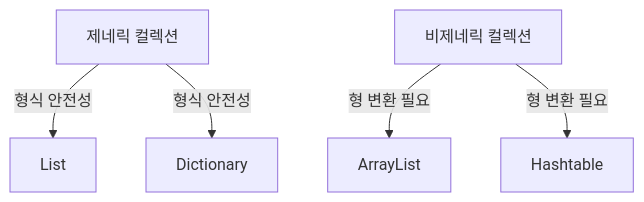
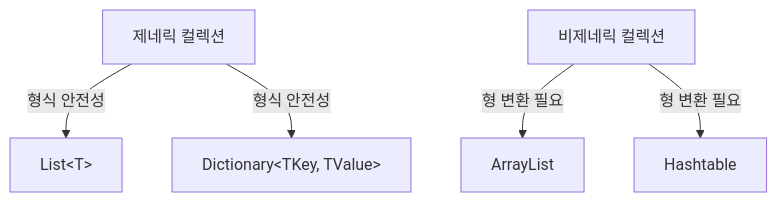
The fourth of 10 diagrams in content/post/2024/2024-10-15-csharp-generic/index.md (42jerrykim/42jerrykim.github.io), drawn with Mermaid before and after one commit. The commit also changed other lines of this file and 239 other files, not shown here.

````diff
--- a/content/post/2024/2024-10-15-csharp-generic/index.md
+++ b/content/post/2024/2024-10-15-csharp-generic/index.md
@@ -401,7 +379,13 @@
 ```mermaid
-graph TD;
-    A[제네릭 컬렉션] -->|형식 안전성| B[List<T>]
-    A -->|형식 안전성| C[Dictionary<TKey, TValue>]
-    D[비제네릭 컬렉션] -->|형 변환 필요| E[ArrayList]
-    D -->|형 변환 필요| F[Hashtable]
+graph TD
+    GenCol["제네릭 컬렉션"]
+    ListT["List&lt;T&gt;"]
+    DictTK["Dictionary&lt;TKey, TValue&gt;"]
+    NonGen["비제네릭 컬렉션"]
+    ArrayList["ArrayList"]
+    Hashtable["Hashtable"]
+    GenCol -->|"형식 안전성"| ListT
+    GenCol -->|"형식 안전성"| DictTK
+    NonGen -->|"형 변환 필요"| ArrayList
+    NonGen -->|"형 변환 필요"| Hashtable
 ```
````
